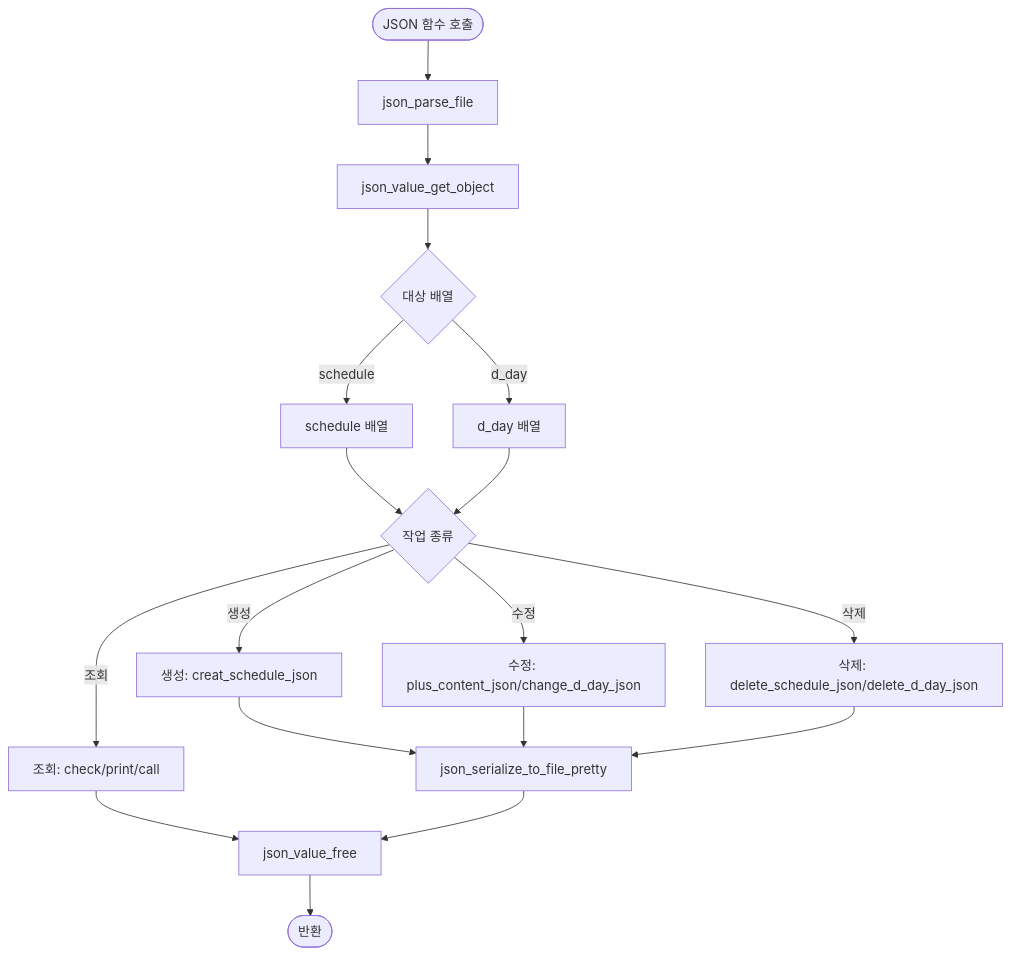
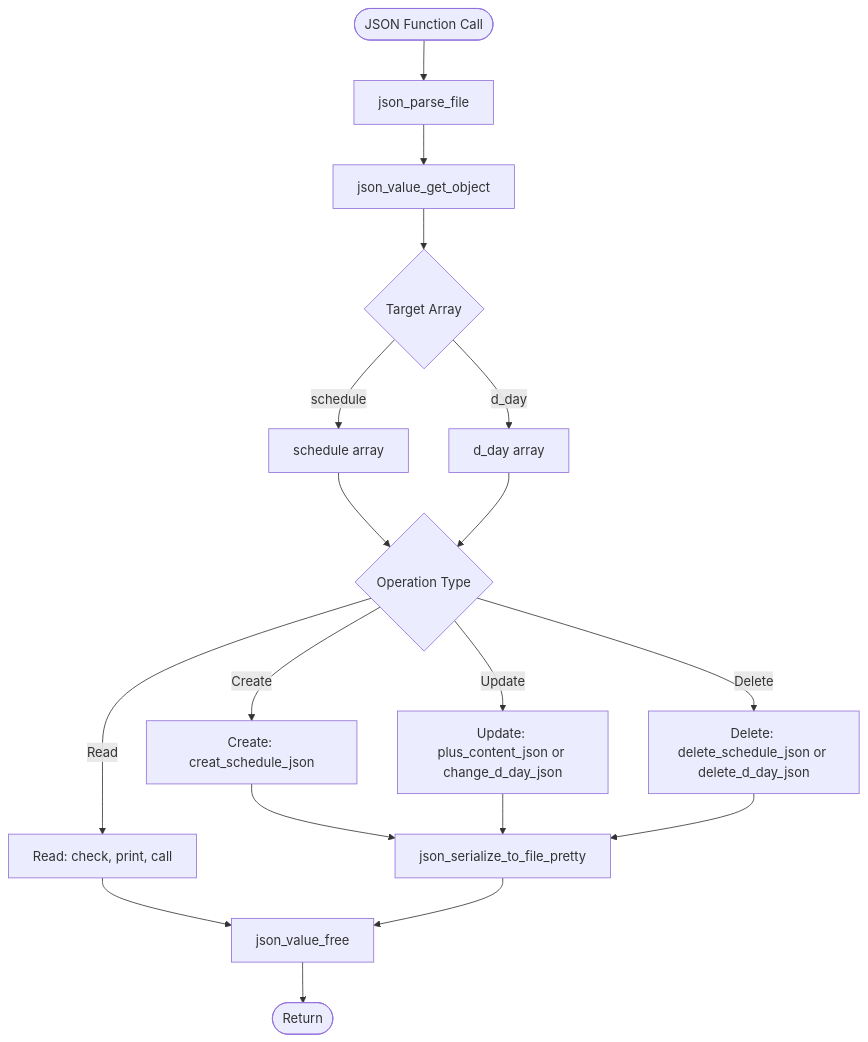
The eighth of 8 diagrams in architecture/dpd.md (JY0102/Calendar), drawn with Mermaid before and after one commit. The commit also changed other lines of this file and 1 other file, not shown here.

````diff
--- a/architecture/dpd.md
+++ b/architecture/dpd.md
@@ -252,35 +251,35 @@
 ```mermaid
 flowchart TB
-    Start([JSON 함수 호출])
-    Parse[json_parse_file]
-    Root[json_value_get_object]
-    SelectArray{대상 배열}
-    ScheduleArray[schedule 배열]
-    DDayArray[d_day 배열]
-    Operation{작업 종류}
-    Read[조회: check/print/call]
-    Create[생성: creat_schedule_json]
-    Update[수정: plus_content_json/change_d_day_json]
-    Delete[삭제: delete_schedule_json/delete_d_day_json]
-    Serialize[json_serialize_to_file_pretty]
-    Free[json_value_free]
-    End([반환])
+    Start(["JSON Function Call"])
+    Parse["json_parse_file"]
+    Root["json_value_get_object"]
+    SelectArray{"Target Array"}
+    ScheduleArray["schedule array"]
+    DDayArray["d_day array"]
+    Operation{"Operation Type"}
+    Read["Read: check, print, call"]
+    Create["Create: creat_schedule_json"]
+    Update["Update: plus_content_json or change_d_day_json"]
+    Delete["Delete: delete_schedule_json or delete_d_day_json"]
+    Serialize["json_serialize_to_file_pretty"]
+    Free["json_value_free"]
+    End(["Return"])
 
     Start --> Parse
     Parse --> Root
     Root --> SelectArray
-    SelectArray -->|schedule| ScheduleArray
-    SelectArray -->|d_day| DDayArray
+    SelectArray -->|"schedule"| ScheduleArray
+    SelectArray -->|"d_day"| DDayArray
     ScheduleArray --> Operation
     DDayArray --> Operation
-    Operation -->|조회| Read
-    Operation -->|생성| Create
-    Operation -->|수정| Update
-    Operation -->|삭제| Delete
+    Operation -->|"Read"| Read
+    Operation -->|"Create"| Create
+    Operation -->|"Update"| Update
+    Operation -->|"Delete"| Delete
     Read --> Free
     Create --> Serialize
     Update --> Serialize
     Delete --> Serialize
     Serialize --> Free
     Free --> End
 ```
````
